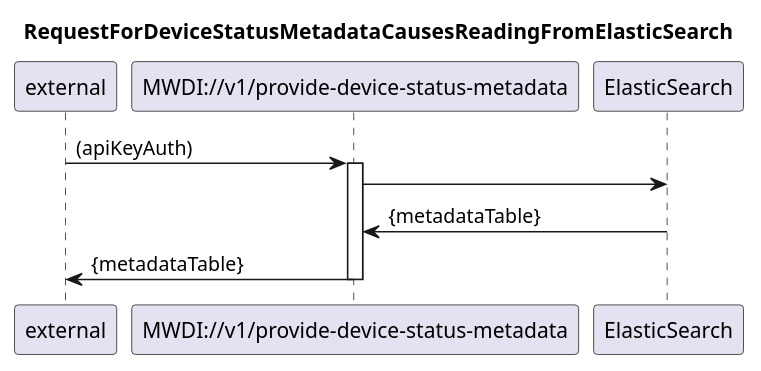
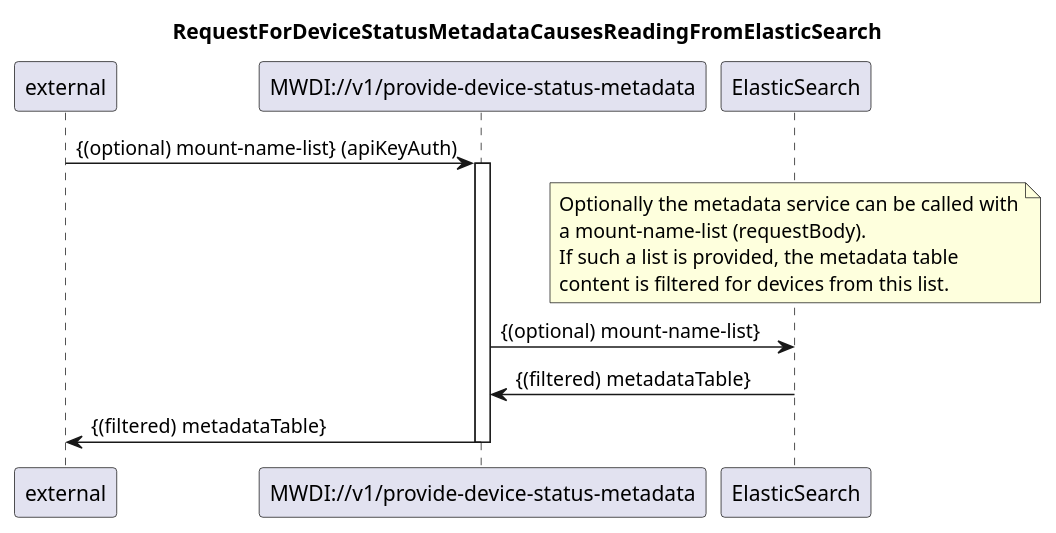
The diagram in spec/diagrams/108_ProvideDeviceMetadataTable.plantuml (openBackhaul/MicroWaveDeviceInventory), drawn with PlantUML before and after one commit. The commit also changed 3 other files, not shown here.

Commit message:
Update metadataService requestBody: filter for devices Fixes #1022

```diff
--- a/spec/diagrams/108_ProvideDeviceMetadataTable.plantuml
+++ b/spec/diagrams/108_ProvideDeviceMetadataTable.plantuml
@@ -1,19 +1,26 @@
 @startuml 108_ProvideDeviceMetadataTable
 skinparam responseMessageBelowArrow true
 
 title RequestForDeviceStatusMetadataCausesReadingFromElasticSearch
 
 participant "external" as requestor
 participant "MWDI://v1/provide-device-status-metadata" as data
 participant "ElasticSearch" as es
 
-requestor -> data: (apiKeyAuth)
+requestor -> data: {(optional) mount-name-list} (apiKeyAuth)
 activate data
 
-data -> es
-es -> data: {metadataTable}
+note over es
+  Optionally the metadata service can be called with
+  a mount-name-list (requestBody).
+  If such a list is provided, the metadata table
+  content is filtered for devices from this list.
+end note
 
-data -> requestor: {metadataTable}
+data -> es: {(optional) mount-name-list}
+es -> data: {(filtered) metadataTable}
+
+data -> requestor: {(filtered) metadataTable}
 deactivate data
 
 @enduml
```
